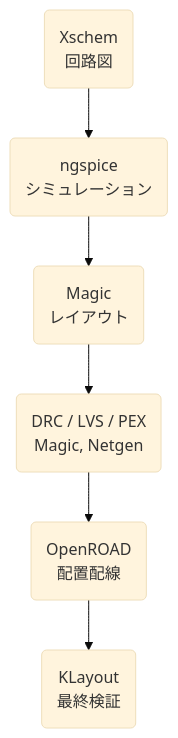
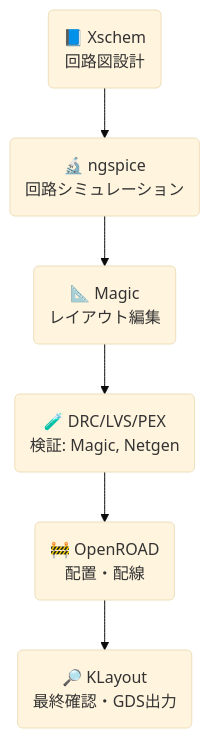
One commit to Samizo-AITL/Edusemi-v4x changed the diagram in d_chapter6_pdk_and_eda_environment/eda_toolchain.md. Above: the diagram before and after it, drawn with Mermaid (base theme). The commit also changed other lines of this file, not shown here.

````diff
--- a/d_chapter6_pdk_and_eda_environment/eda_toolchain.md
+++ b/d_chapter6_pdk_and_eda_environment/eda_toolchain.md
@@ -54,8 +59,8 @@
 ```mermaid
 flowchart TD
-    SCH(Xschem<br>回路図) --> SIM(ngspice<br>シミュレーション)
-    SIM --> LAY(Magic<br>レイアウト)
-    LAY --> LVS(DRC / LVS / PEX<br>Magic, Netgen)
-    LVS --> PNR(OpenROAD<br>配置配線)
-    PNR --> FINAL(KLayout<br>最終検証)
+    SCH(📘 Xschem<br>回路図設計) --> SIM(🔬 ngspice<br>回路シミュレーション)
+    SIM --> LAY(📐 Magic<br>レイアウト編集)
+    LAY --> LVS(🧪 DRC/LVS/PEX<br>検証: Magic, Netgen)
+    LVS --> PNR(🚧 OpenROAD<br>配置・配線)
+    PNR --> FINAL(🔎 KLayout<br>最終確認・GDS出力)
 ```
````
